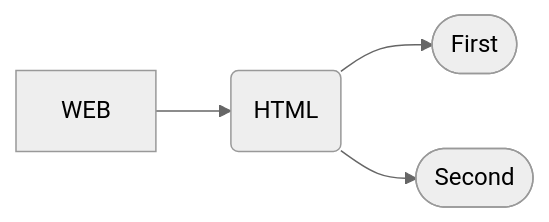
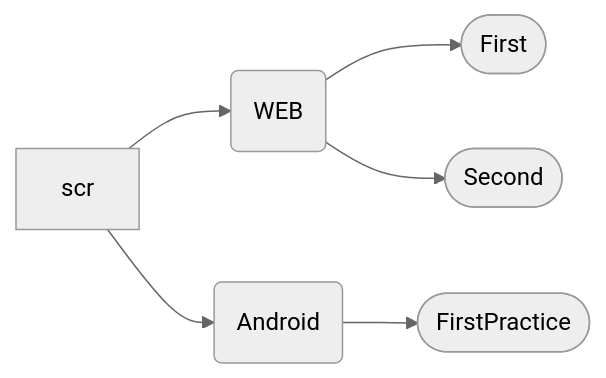
One commit to all-creator/FU changed the diagram in README.md. Above: the diagram before and after it, drawn with Mermaid (neutral theme). The commit also changed other lines of this file and 27 other files, not shown here.

````diff
--- a/README.md
+++ b/README.md
@@ -16,7 +18,9 @@
 ```mermaid
 
 flowchart LR;
-    A[WEB] --> B(HTML)
-    B --> C([First])
-    B --> D([Second])
+    A[scr] --> BW(WEB)
+    A[scr] --> BA(Android)
+    BA --> CA([FirstPractice])
+    BW --> CW([First])
+    BW --> DW([Second])
 ```
````
